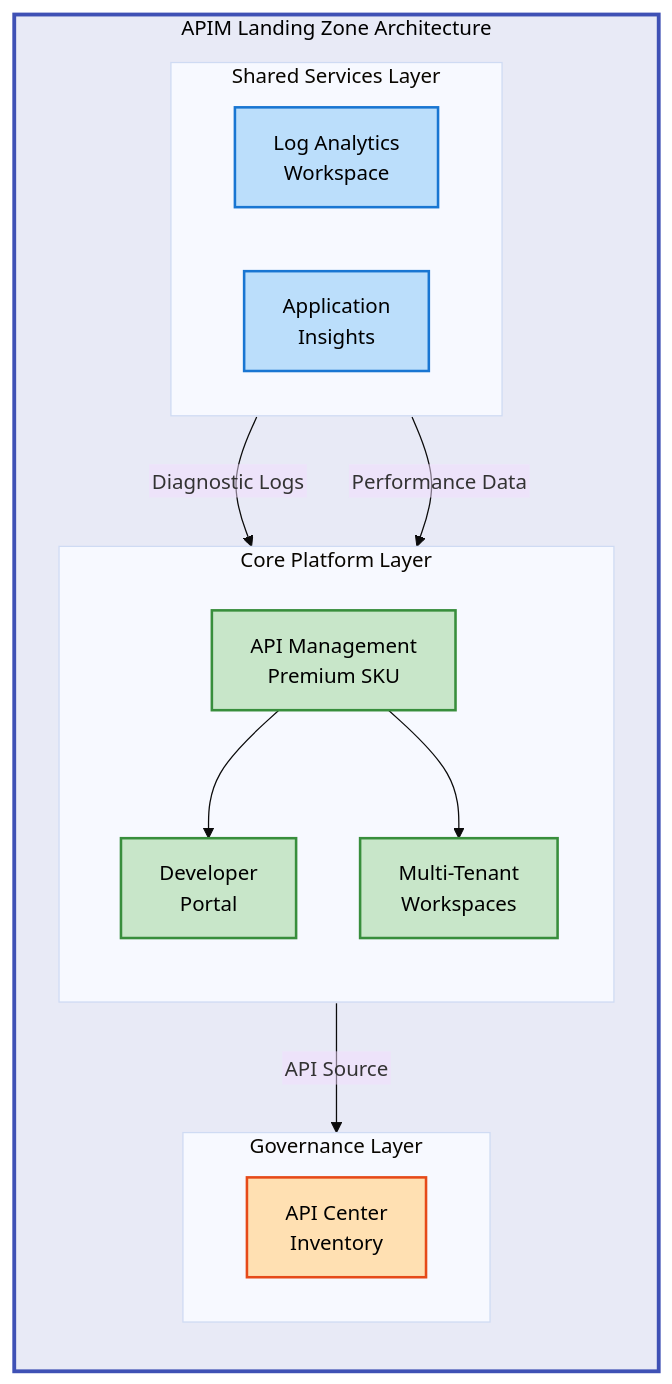
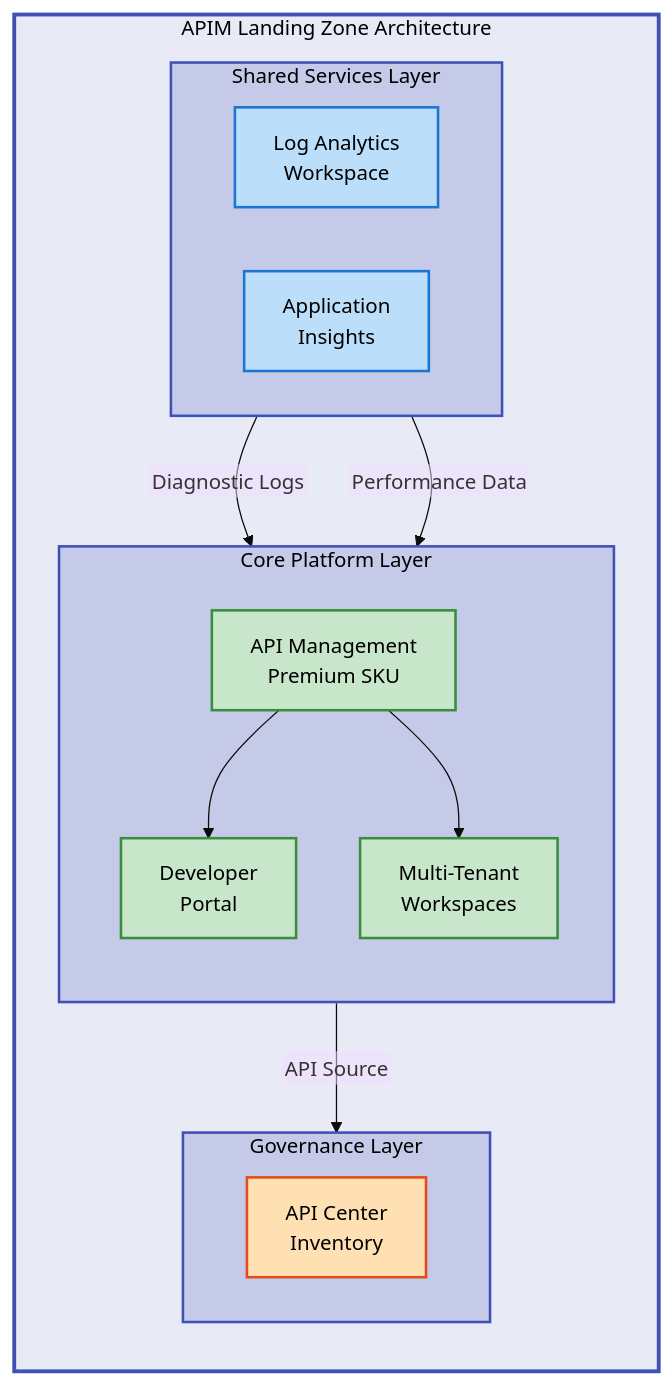
The diagram in README.md (Evilazaro/APIM-Accelerator), drawn with Mermaid (base theme) before and after one commit.

Commit message:
Enhance flowchart documentation in README.md with additional accessibility notes and architectural layer groupings

````diff
--- a/README.md
+++ b/README.md
@@ -32,51 +32,57 @@
 ```mermaid
 %%{init: {"flowchart": {"htmlLabels": false}} }%%
 flowchart TB
     %% ============================================
     %% STANDARD COLOR SCHEME - DO NOT MODIFY
     %% ============================================
     %% Main Group Level (Neutral background - Level 1)
     %% Purpose: Top-level architecture container for visual hierarchy
     %% Accessibility: Indigo 50 (#E8EAF6) with Indigo 500 (#3F51B5) border = 9.2:1 contrast
     classDef mainGroup fill:#E8EAF6,stroke:#3F51B5,stroke-width:3px,color:#000
 
-    %% Content Level (Semantic colors - Level 2+)
+    %% Sub Group Level (Nested containers - Level 2)
+    %% Purpose: Architectural layer groupings within main container
+    %% Accessibility: Indigo 100 (#C5CAE9) with Indigo 500 (#3F51B5) border = 8.1:1 contrast
+    classDef subGroup fill:#C5CAE9,stroke:#3F51B5,stroke-width:2px,color:#000
+
+    %% Content Level (Semantic colors - Level 3)
     %% Purpose: Individual components with semantic meaning
     %% Accessibility: All combinations exceed WCAG AA (4.5:1) requirement
     classDef mdBlue fill:#BBDEFB,stroke:#1976D2,stroke-width:2px,color:#000
     classDef mdGreen fill:#C8E6C9,stroke:#388E3C,stroke-width:2px,color:#000
     classDef mdOrange fill:#FFE0B2,stroke:#E64A19,stroke-width:2px,color:#000
     %% ============================================
 
     %% Architecture: Three-tier layered platform design
     %% Shared Services → Core Platform → Governance
     subgraph system["APIM Landing Zone Architecture"]
         direction TB
 
         subgraph shared["Shared Services Layer"]
             direction LR
             logs["Log Analytics<br/>Workspace"]:::mdBlue
             insights["Application<br/>Insights"]:::mdBlue
         end
 
         subgraph core["Core Platform Layer"]
             direction TB
             apim["API Management<br/>Premium SKU"]:::mdGreen
             portal["Developer<br/>Portal"]:::mdGreen
             workspaces["Multi-Tenant<br/>Workspaces"]:::mdGreen
         end
 
         subgraph inventory["Governance Layer"]
             direction LR
             apicenter["API Center<br/>Inventory"]:::mdOrange
         end
 
         logs -->|"Diagnostic Logs"| apim
         insights -->|"Performance Data"| apim
         apim --> portal
         apim --> workspaces
         apim -->|"API Source"| apicenter
     end
 
     class system mainGroup
+    class shared,core,inventory subGroup
 ```
````
